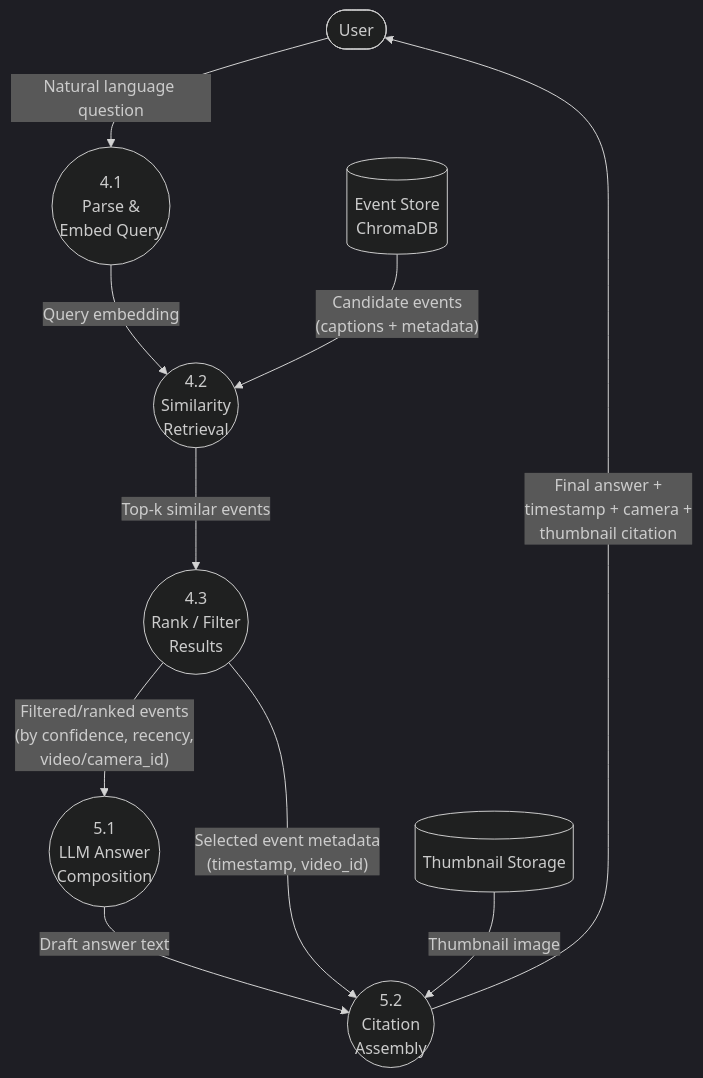
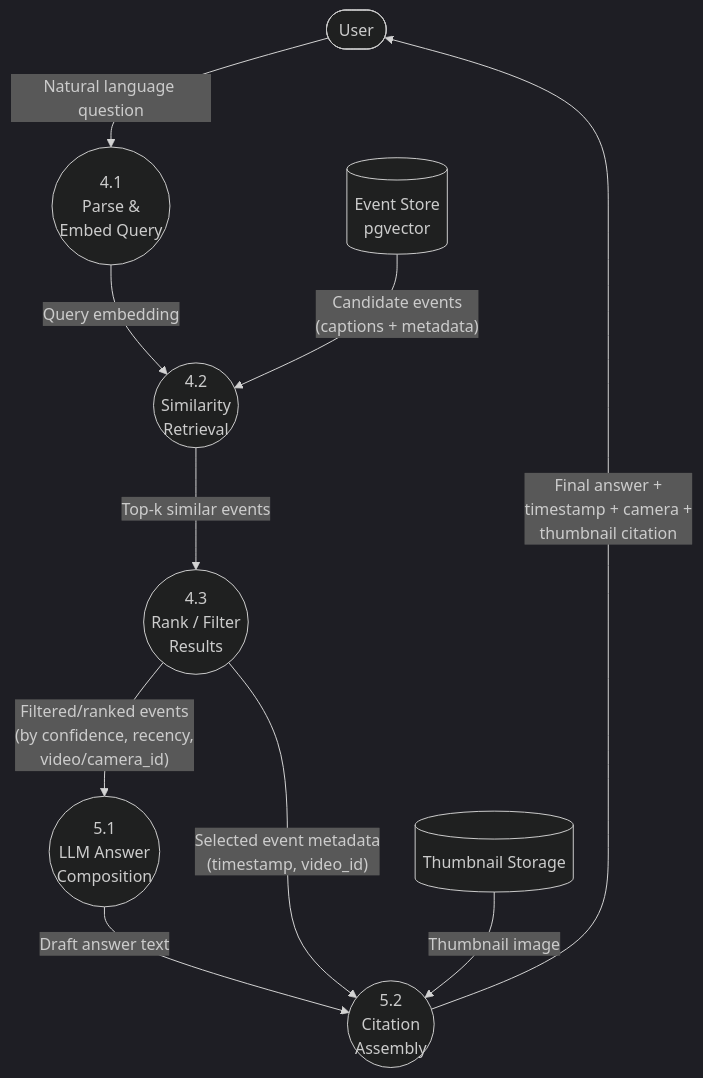
Before and after one commit to soumya-xy/sentinalRAG: the fourth of 4 diagrams in DFD.md, drawn with Mermaid (dark theme). The commit also changed other lines of this file and 43 other files, not shown here.

````diff
--- a/DFD.md
+++ b/DFD.md
@@ -149,42 +158,42 @@
 ```mermaid
 flowchart TD
     User([User])
     DS2[(Event Store
-    ChromaDB)]
+    pgvector)]
     DS3[(Thumbnail Storage)]
 
     P4_1(("4.1
     Parse &
     Embed Query"))
     P4_2(("4.2
     Similarity
     Retrieval"))
     P4_3(("4.3
     Rank / Filter
     Results"))
     P5_1(("5.1
     LLM Answer
     Composition"))
     P5_2(("5.2
     Citation
     Assembly"))
 
     User -- "Natural language question" --> P4_1
     P4_1 -- "Query embedding" --> P4_2
     DS2 -- "Candidate events
     (captions + metadata)" --> P4_2
 
     P4_2 -- "Top-k similar events" --> P4_3
     P4_3 -- "Filtered/ranked events
     (by confidence, recency,
     video/camera_id)" --> P5_1
 
     P5_1 -- "Draft answer text" --> P5_2
     P4_3 -- "Selected event metadata
     (timestamp, video_id)" --> P5_2
     DS3 -- "Thumbnail image" --> P5_2
 
     P5_2 -- "Final answer +
     timestamp + camera +
     thumbnail citation" --> User
 ```
````
